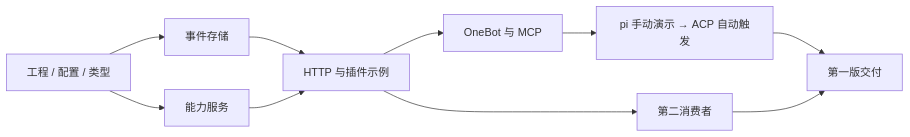
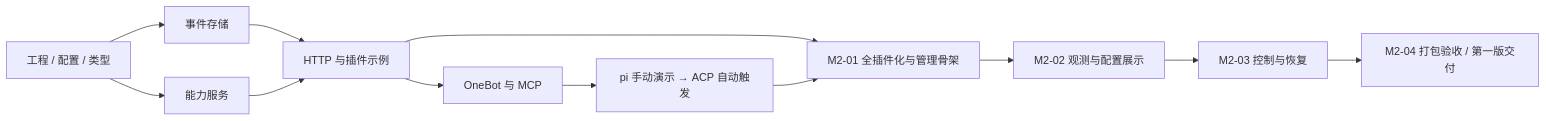
Before and after one commit to ycychome/Imbrex: the diagram in docs/development-plan.md, drawn with Mermaid. The commit also changed other lines of this file and 14 other files, not shown here.

Commit message:
docs(m2): define plugin architecture and admin milestones (#15)

````diff
--- a/docs/development-plan.md
+++ b/docs/development-plan.md
@@ -76,12 +82,14 @@
 ```mermaid
 flowchart LR
     E["工程 / 配置 / 类型"] --> S["事件存储"]
     E --> C["能力服务"]
     S --> H["HTTP 与插件示例"]
     C --> H
     H --> Q["OneBot 与 MCP"]
     Q --> A["pi 手动演示 → ACP 自动触发"]
-    H --> O["第二消费者"]
-    A --> D["第一版交付"]
-    O --> D
+    H --> P["M2-01 全插件化与管理骨架"]
+    A --> P
+    P --> V["M2-02 观测与配置展示"]
+    V --> R["M2-03 控制与恢复"]
+    R --> D["M2-04 打包验收 / 第一版交付"]
 ```
````
